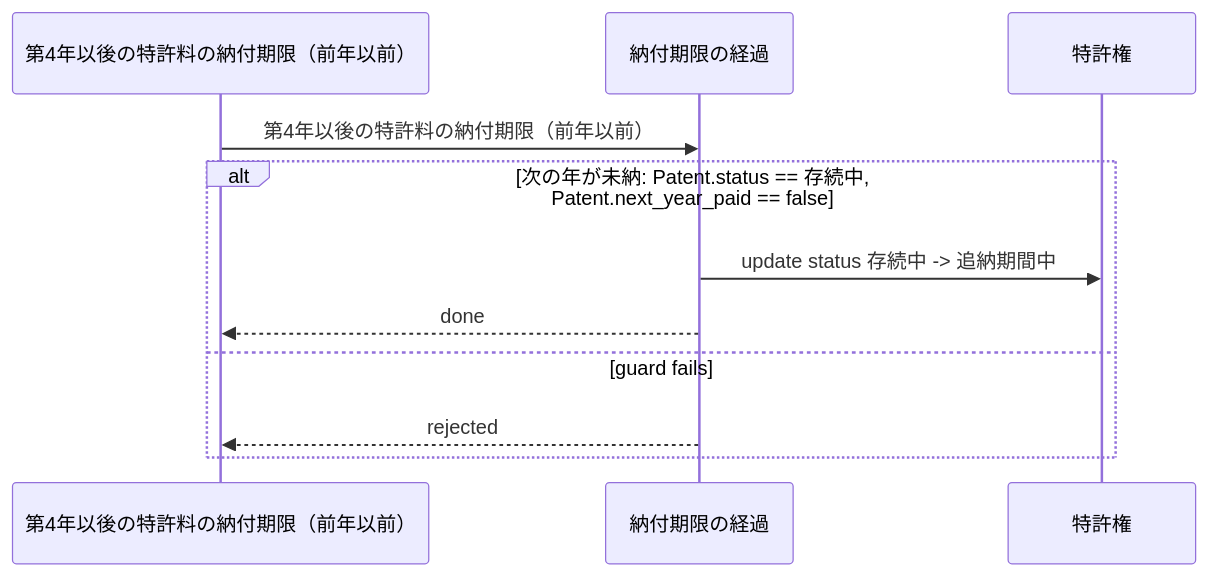
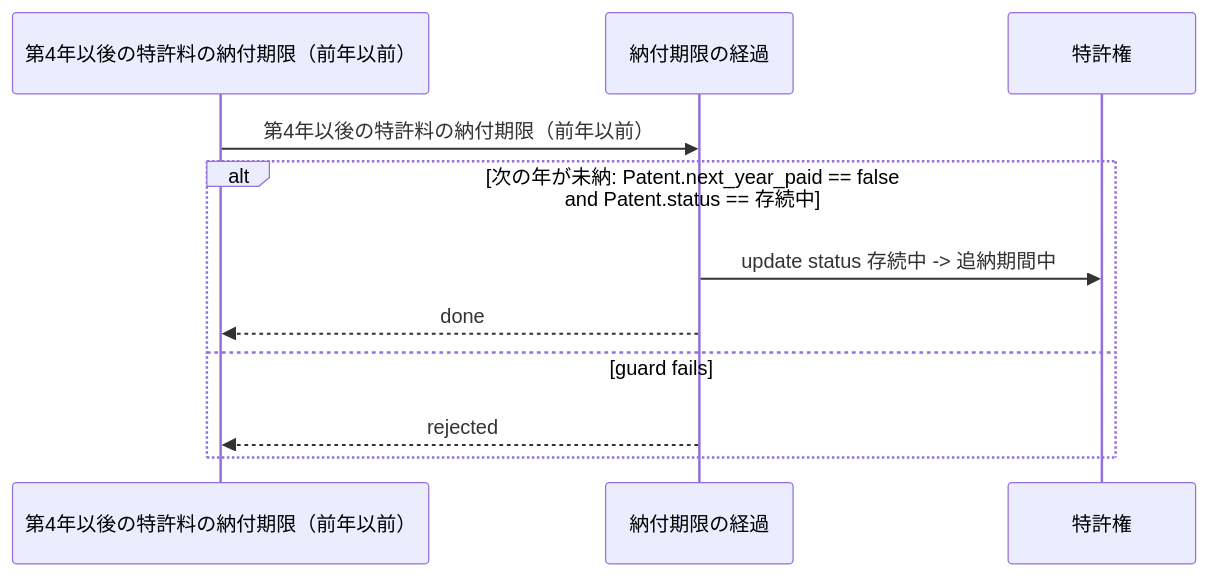
One commit to manji-0/rdra-ish-dsl changed the diagram in samples/patent-ops/out/uc/sequence_EnterGracePeriod.mmd. Above: the diagram before and after it, drawn with Mermaid. The commit also changed 19 other files, not shown here.

```diff
--- a/samples/patent-ops/out/uc/sequence_EnterGracePeriod.mmd
+++ b/samples/patent-ops/out/uc/sequence_EnterGracePeriod.mmd
@@ -1,14 +1,14 @@
 %% rdra-ish diagram=sequence scope=usecase:EnterGracePeriod model=samples/patent-ops
 %% kinds: timer usecase entity
 %% omitted: buc step condition
 sequenceDiagram
   participant timer__AnnuityDueDate as 第4年以後の特許料の納付期限（前年以前）
   participant usecase__EnterGracePeriod as 納付期限の経過
   participant entity__Patent as 特許権
   timer__AnnuityDueDate ->> usecase__EnterGracePeriod: 第4年以後の特許料の納付期限（前年以前）
-  alt 次の年が未納: Patent.status == 存続中, Patent.next_year_paid == false
+  alt 次の年が未納: Patent.next_year_paid == false and Patent.status == 存続中
     usecase__EnterGracePeriod ->> entity__Patent: update status 存続中 -> 追納期間中
     usecase__EnterGracePeriod -->> timer__AnnuityDueDate: done
   else guard fails
     usecase__EnterGracePeriod -->> timer__AnnuityDueDate: rejected
   end
```
